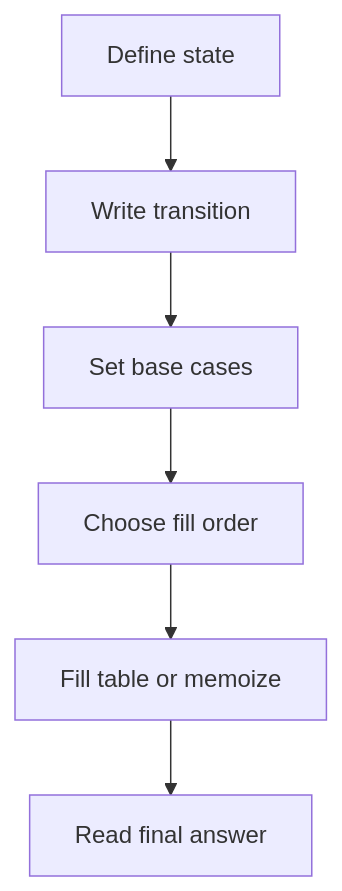
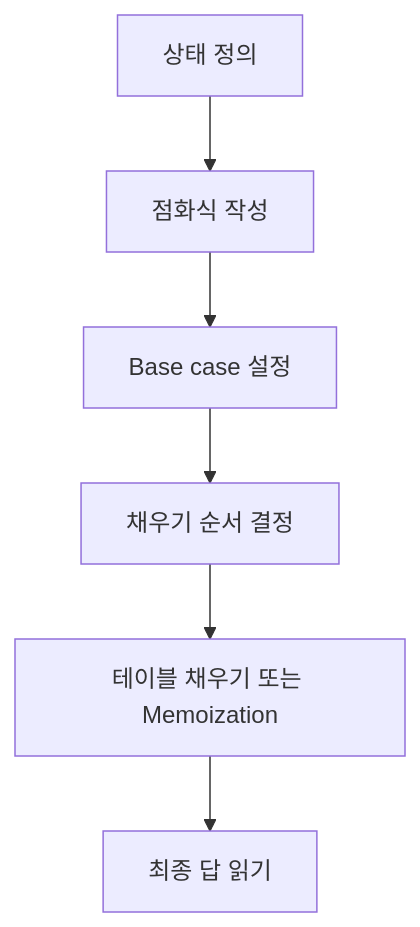
The second of 2 diagrams in _posts/algorithm/2026-03-07-dynamic-programming.md (mandoobox/mandoobox.github.io), drawn with Mermaid before and after one commit. The commit also changed 24 other files, not shown here.

Commit message:
feat: mermaid kr

````diff
--- a/_posts/algorithm/2026-03-07-dynamic-programming.md
+++ b/_posts/algorithm/2026-03-07-dynamic-programming.md
@@ -127,8 +127,8 @@
 ```mermaid
 flowchart TD
-    A["Define state"] --> B["Write transition"]
-    B --> C["Set base cases"]
-    C --> D["Choose fill order"]
-    D --> E["Fill table or memoize"]
-    E --> F["Read final answer"]
+    A["상태 정의"] --> B["점화식 작성"]
+    B --> C["Base case 설정"]
+    C --> D["채우기 순서 결정"]
+    D --> E["테이블 채우기 또는 Memoization"]
+    E --> F["최종 답 읽기"]
 ```
````
